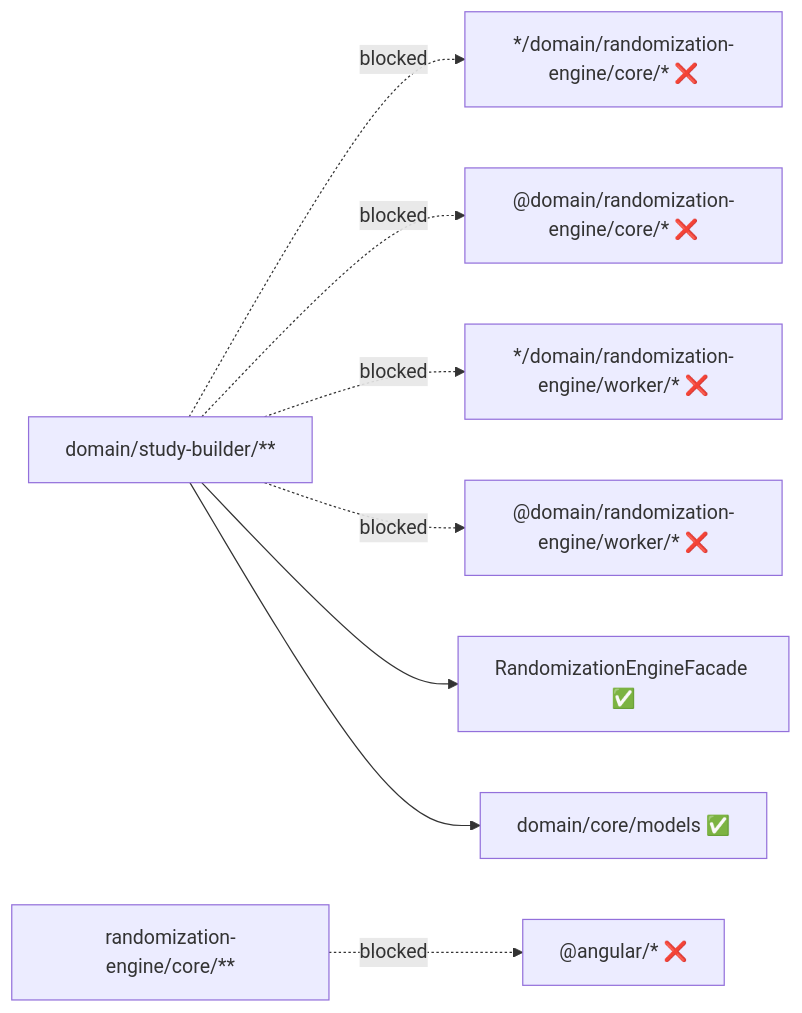
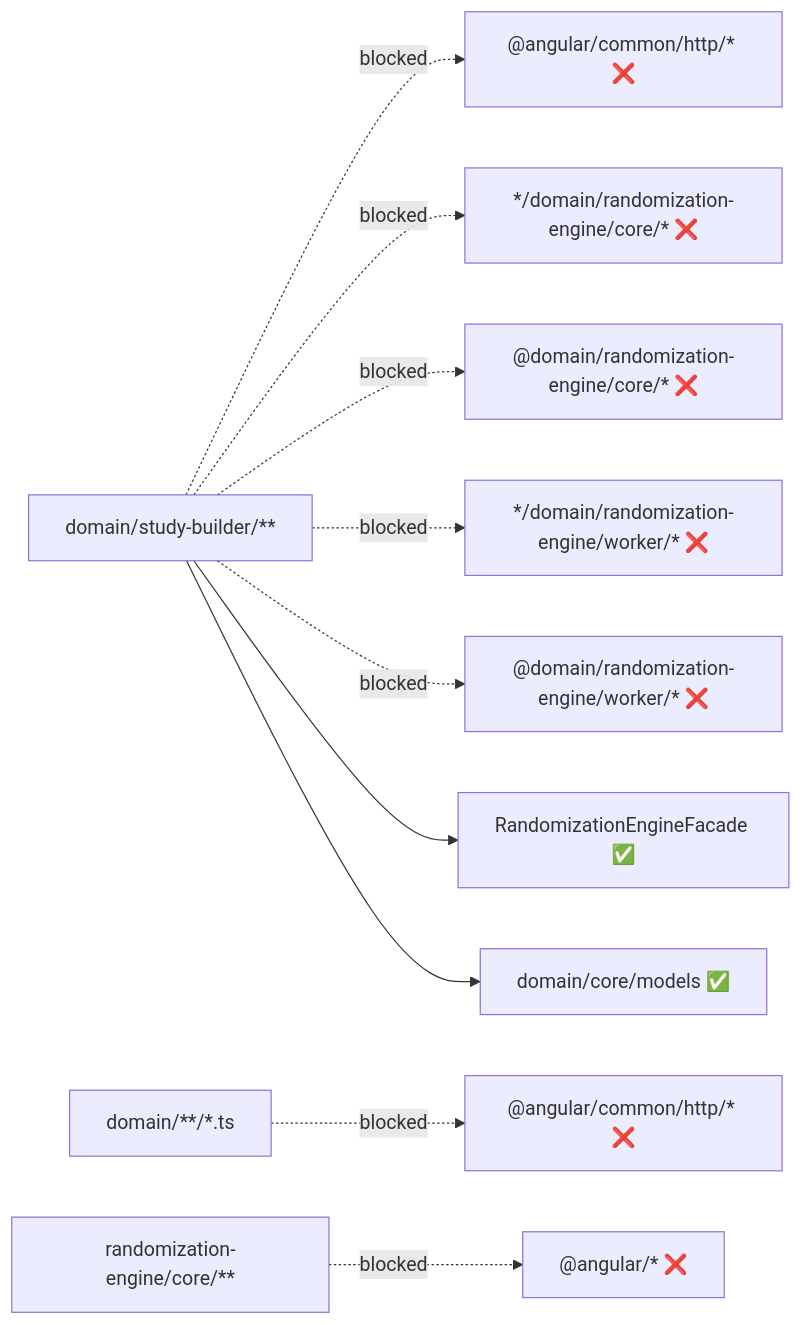
Before and after one commit to fderuiter/Equipose: the eighth of 9 diagrams in docs/reference/ARCHITECTURE_REFERENCE.md, drawn with Mermaid. The commit also changed 1 other file, not shown here.

Commit message:
fix(docs): resolve architecture diagram sync failure by mapping domain level boundaries and preventing empty source nodes

````diff
--- a/docs/reference/ARCHITECTURE_REFERENCE.md
+++ b/docs/reference/ARCHITECTURE_REFERENCE.md
@@ -609,20 +609,25 @@
 ```mermaid
 graph LR
     SB["domain/study-builder/**"]
     RE_FACADE["RandomizationEngineFacade ✅"]
     RE_MODELS["domain/core/models ✅"]
-    TARGET_0["*/domain/randomization-engine/core/* ❌"]
-    SB -. blocked .-> TARGET_0
-    TARGET_1["@domain/randomization-engine/core/* ❌"]
+    DOMAIN["domain/**/*.ts"]
+    TARGET_0["@angular/common/http/* ❌"]
+    DOMAIN -. blocked .-> TARGET_0
+    TARGET_1["@angular/common/http/* ❌"]
     SB -. blocked .-> TARGET_1
-    TARGET_2["*/domain/randomization-engine/worker/* ❌"]
+    TARGET_2["*/domain/randomization-engine/core/* ❌"]
     SB -. blocked .-> TARGET_2
-    TARGET_3["@domain/randomization-engine/worker/* ❌"]
+    TARGET_3["@domain/randomization-engine/core/* ❌"]
     SB -. blocked .-> TARGET_3
+    TARGET_4["*/domain/randomization-engine/worker/* ❌"]
+    SB -. blocked .-> TARGET_4
+    TARGET_5["@domain/randomization-engine/worker/* ❌"]
+    SB -. blocked .-> TARGET_5
     ALGO_FILE["randomization-engine/core/**"]
-    TARGET_4["@angular/* ❌"]
-    ALGO_FILE -. blocked .-> TARGET_4
+    TARGET_6["@angular/* ❌"]
+    ALGO_FILE -. blocked .-> TARGET_6
 
     SB --> RE_FACADE
     SB --> RE_MODELS
 ```
````
